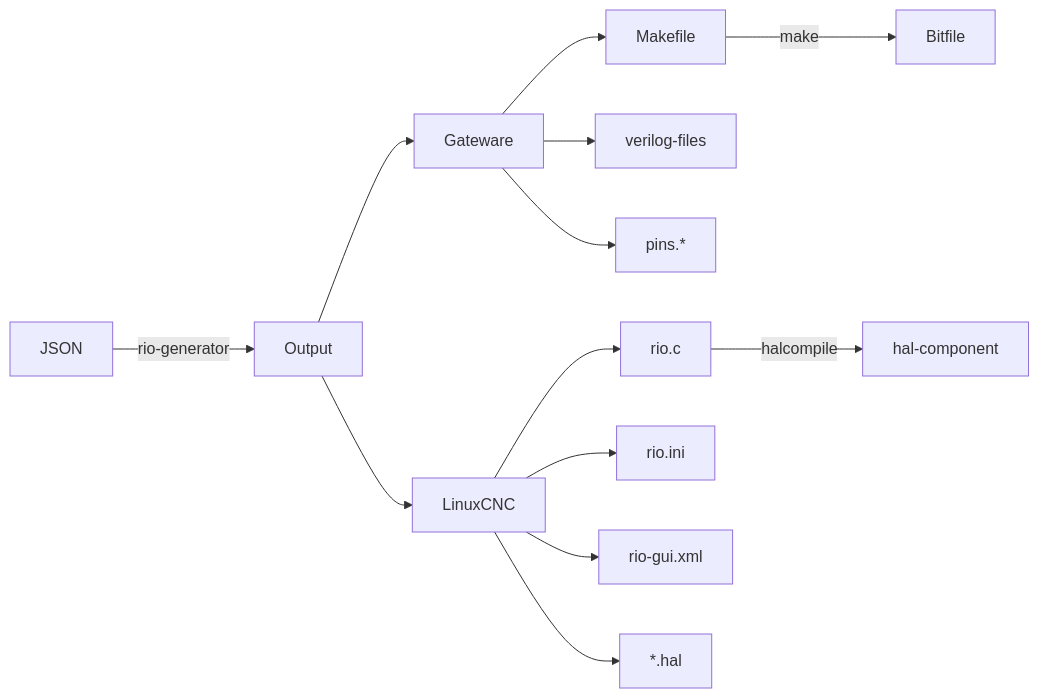
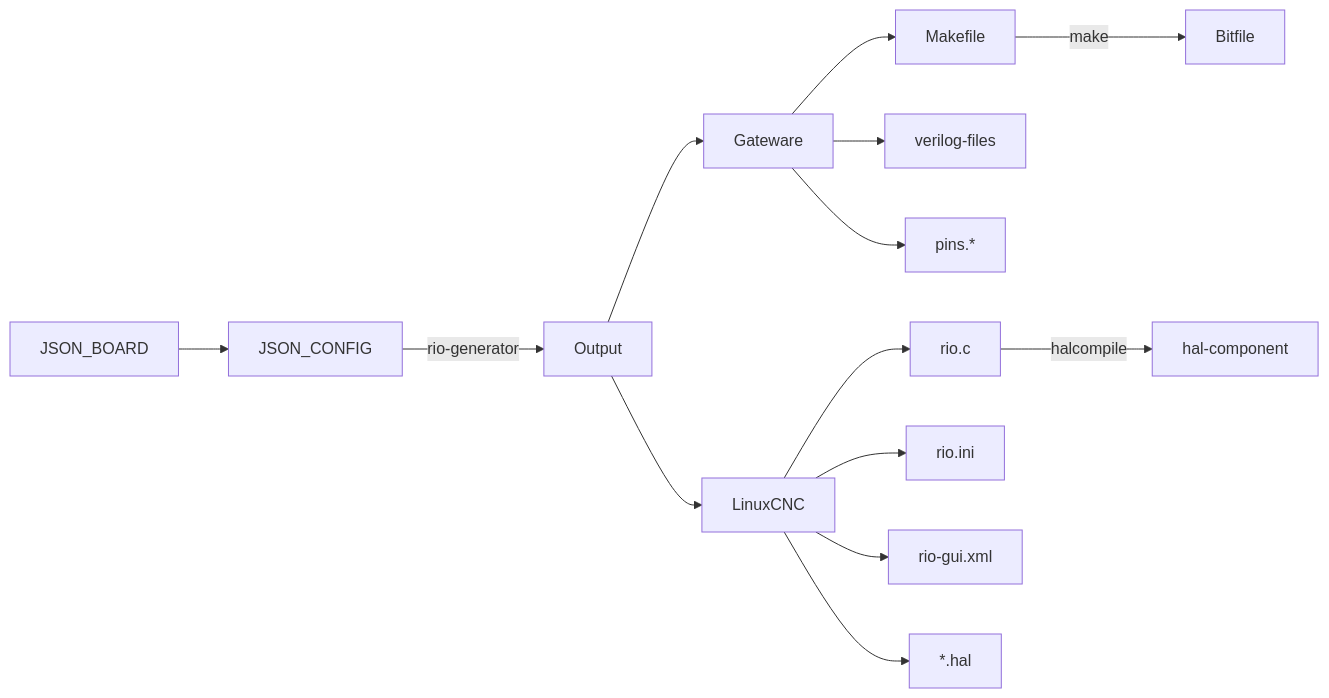
The diagram in README.md (multigcs/riocore), drawn with Mermaid before and after one commit.

````diff
--- a/README.md
+++ b/README.md
@@ -158,15 +158,16 @@
 ```mermaid
 graph LR;
-    JSON--rio-generator-->Output;
+    JSON_CONFIG--rio-generator-->Output;
+    JSON_BOARD-->JSON_CONFIG;
     Output-->Gateware;
     Gateware-->Makefile;
     Gateware-->verilog-files;
     Gateware-->pins.*;
     Makefile--make-->Bitfile;
     Output-->LinuxCNC;
     LinuxCNC-->rio.c;
     LinuxCNC-->rio.ini
     LinuxCNC-->rio-gui.xml
     LinuxCNC-->*.hal;
     rio.c--halcompile-->hal-component;
 ```
````
